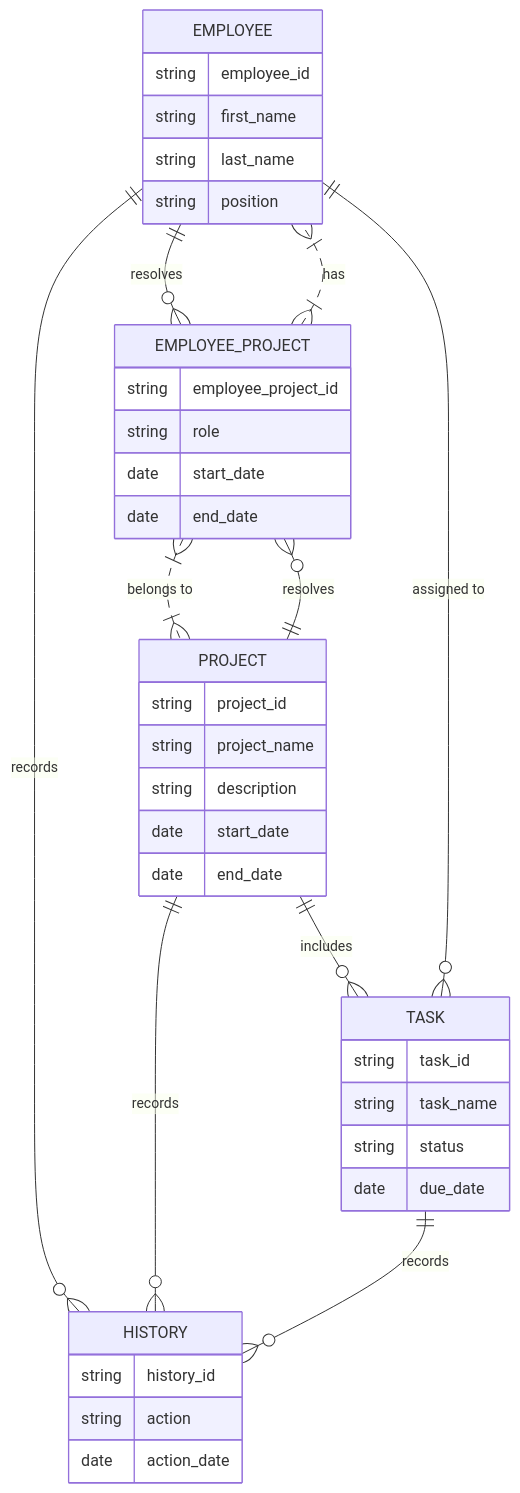
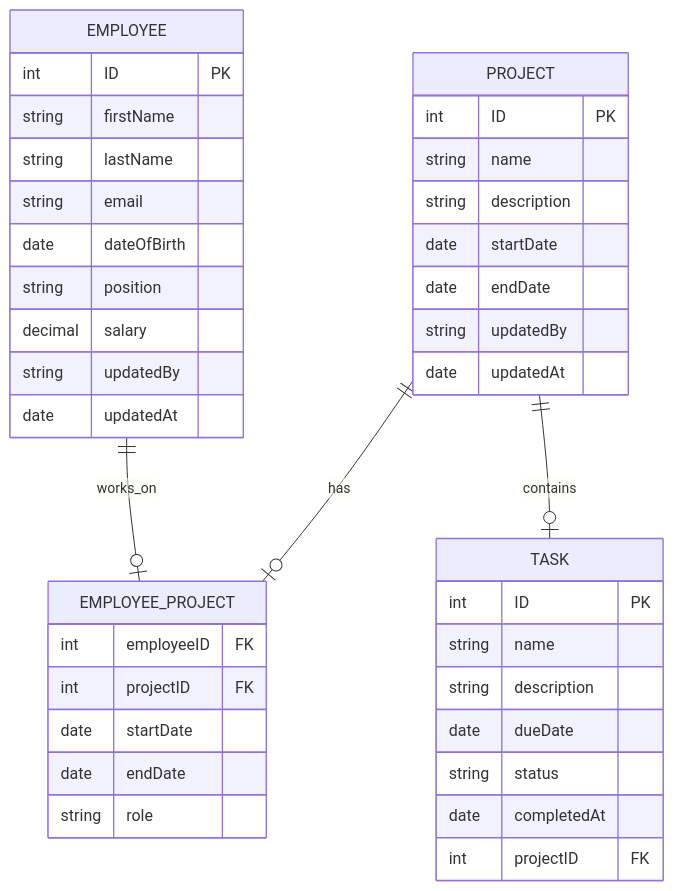
One commit to zen37/ld_academy changed the diagram in uml/db.md. Above: the diagram before and after it, drawn with Mermaid. The commit also changed other lines of this file and 1 other file, not shown here.

````diff
--- a/uml/db.md
+++ b/uml/db.md
@@ -34,43 +50,46 @@
-``` mermaid
+```mermaid
 erDiagram
     EMPLOYEE {
-        string employee_id
-        string first_name
-        string last_name
+        int ID PK
+        string firstName
+        string lastName
+        string email
+        date dateOfBirth
         string position
-    }
-    EMPLOYEE_PROJECT {
-        string employee_project_id
-        string role
-        date start_date
-        date end_date
-    }
-    PROJECT {
-        string project_id
-        string project_name
-        string description
-        date start_date
-        date end_date
-    }
-    TASK {
-        string task_id
-        string task_name
-        string status
-        date due_date
-    }
-    HISTORY {
-        string history_id
-        string action
-        date action_date
+        decimal salary
+        string updatedBy
+        date updatedAt
     }
 
-    EMPLOYEE ||--o{ EMPLOYEE_PROJECT : "resolves"
-    PROJECT ||--o{ EMPLOYEE_PROJECT : "resolves"
-    EMPLOYEE_PROJECT }|..|{ EMPLOYEE : "has"
-    EMPLOYEE_PROJECT }|..|{ PROJECT : "belongs to"
-    PROJECT ||--o{ TASK : "includes"
-    EMPLOYEE ||--o{ TASK : "assigned to"
-    EMPLOYEE ||--o{ HISTORY : "records"
-    PROJECT ||--o{ HISTORY : "records"
-    TASK ||--o{ HISTORY : "records"
+    PROJECT {
+        int ID PK
+        string name
+        string description
+        date startDate
+        date endDate
+        string updatedBy
+        date updatedAt
+    }
+
+    TASK {
+        int ID PK
+        string name
+        string description
+        date dueDate
+        string status
+        date completedAt
+        int projectID FK
+    }
+
+    EMPLOYEE_PROJECT {
+        int employeeID FK
+        int projectID FK
+        date startDate
+        date endDate
+        string role
+    }
+
+    EMPLOYEE ||--o| EMPLOYEE_PROJECT : works_on
+    PROJECT ||--o| EMPLOYEE_PROJECT : has
+    PROJECT ||--o| TASK : contains
 ```
````
